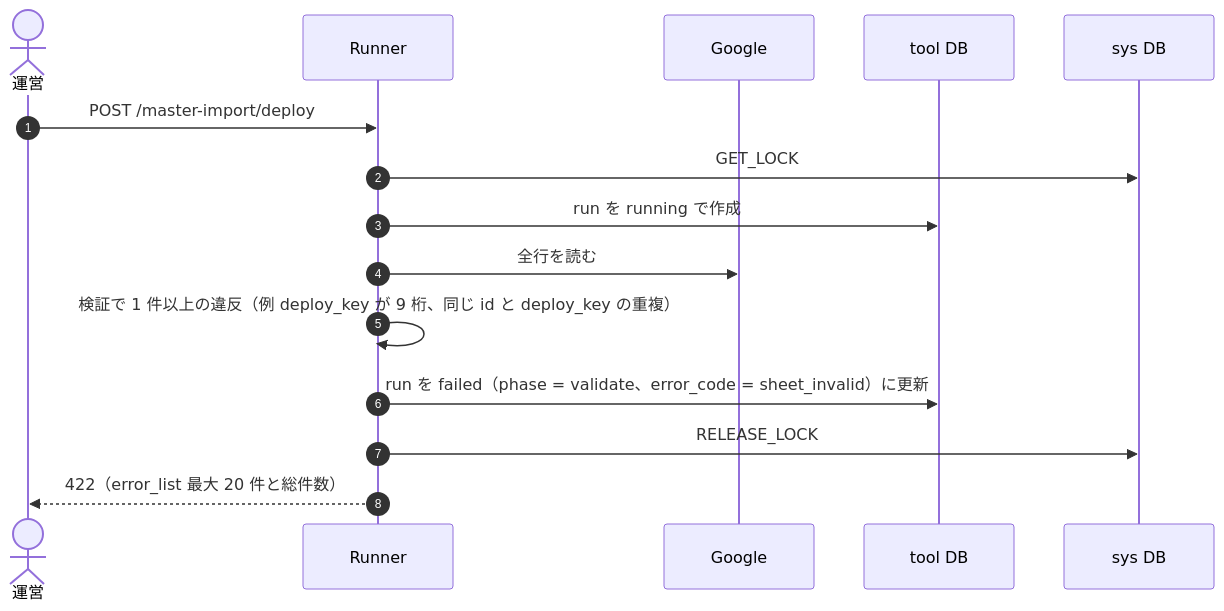
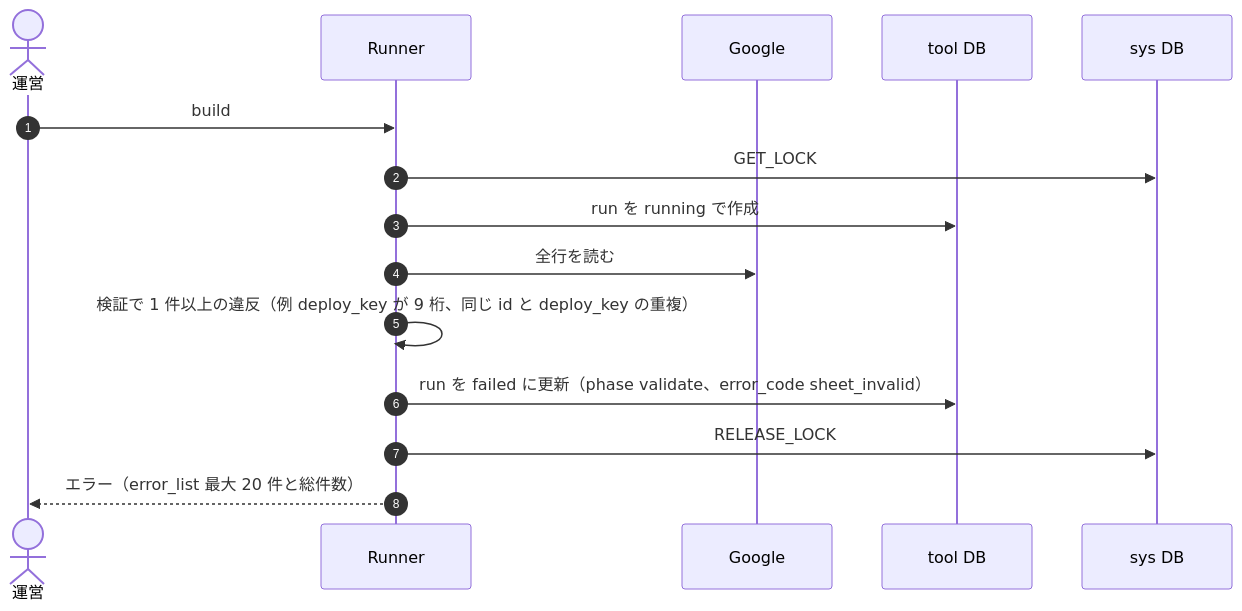
Diagram 12 of 20 in docs/design/master-distribution/sequence.md (BENieBlack/NexusMobileGameServer-Laravel), drawn with Mermaid before and after one commit. The commit also changed other lines of this file and 2 other files, not shown here.

Commit message:
docs: マスター配信のサーバー設計（db・api・sequence）を版ごとの mst DB と start_at の切り替えに書き直す（design-change） (#47)

````diff
--- a/docs/design/master-distribution/sequence.md
+++ b/docs/design/master-distribution/sequence.md
@@ -111,18 +450,18 @@
 ```mermaid
 sequenceDiagram
     autonumber
     actor OP as 運営
     participant R as Runner
     participant G as Google
     participant TOL as tool DB
     participant SYS as sys DB
 
-    OP->>R: POST /master-import/deploy
+    OP->>R: build
     R->>SYS: GET_LOCK
     R->>TOL: run を running で作成
     R->>G: 全行を読む
     R->>R: 検証で 1 件以上の違反（例 deploy_key が 9 桁、同じ id と deploy_key の重複）
-    R->>TOL: run を failed（phase = validate、error_code = sheet_invalid）に更新
+    R->>TOL: run を failed に更新（phase validate、error_code sheet_invalid）
     R->>SYS: RELEASE_LOCK
-    R-->>OP: 422（error_list 最大 20 件と総件数）
+    R-->>OP: エラー（error_list 最大 20 件と総件数）
 ```
````
